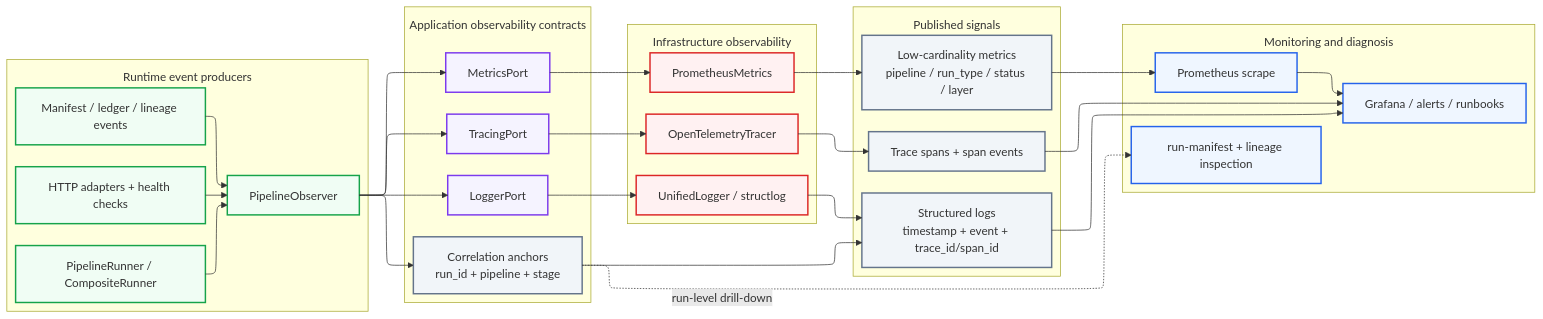
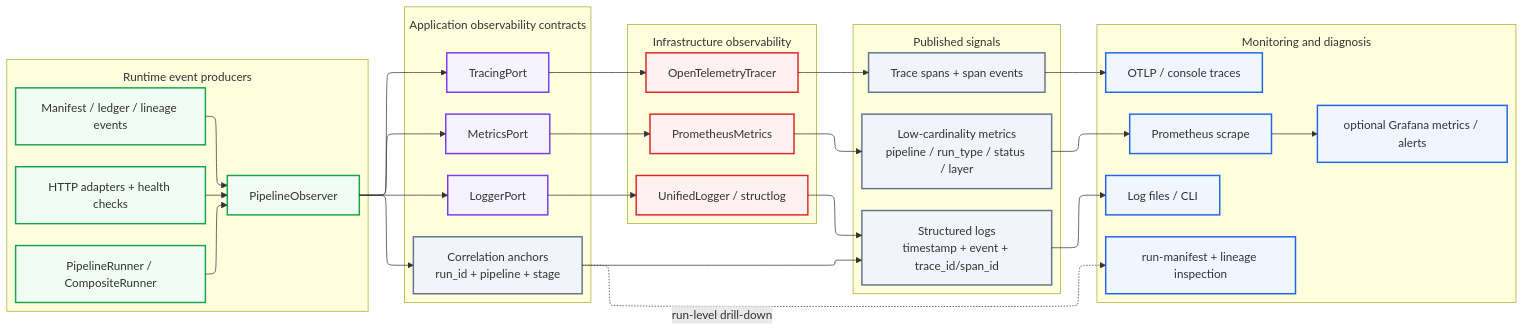
Before and after one commit to SatoryKono/BioactivityDataAcquisition: the diagram in docs/02-architecture/diagrams/architecture/22-data-operations-observability.mmd, drawn with Mermaid. The commit also changed 24 other files, not shown here.

```diff
--- a/docs/02-architecture/diagrams/architecture/22-data-operations-observability.mmd
+++ b/docs/02-architecture/diagrams/architecture/22-data-operations-observability.mmd
@@ -1,81 +1,83 @@
 %% BioETL — Data Operations Observability
 %% Shows how logs, metrics, tracing, and control-plane signals stay correlated without high-cardinality metric labels.
 
 %% @version 1.0.0
-%% @date    2026-03-28
+%% @date    2026-08-21
 %% @type    flowchart
 %% @level   System / Runtime
-%% @nodes   18
+%% @nodes   20
 %% @reference  Complements 09-observability-stack, 20-data-traceability-runtime, and observability.md
 
 %%{init: {
   'flowchart': {
     'subGraphTitleMargin': { 'top': 12, 'bottom': 12 }
   },
   'layout': 'elk',
   'elk': {
     'mergeEdges': true,
     'nodePlacementStrategy': 'BRANDES_KOEPF',
     'edgeRouting': 'ORTHOGONAL'
   }
 }}%%
 %% @uniform width=252 height=156 max_title_len=27 max_desc_lines=6
 flowchart LR
     subgraph Runtime["Runtime event producers"]
         OBS["PipelineObserver"]:::app
         RUN["PipelineRunner / CompositeRunner"]:::app
         HTTP["HTTP adapters + health checks"]:::app
         CTRL["Manifest / ledger / lineage events"]:::app
     end
 
     subgraph Contracts["Application observability contracts"]
         LOGP["LoggerPort"]:::port
         METP["MetricsPort"]:::port
         TRCP["TracingPort"]:::port
         CORR["Correlation anchors<br/>run_id + pipeline + stage"]:::artifact
     end
 
     subgraph Infra["Infrastructure observability"]
         ULOG["UnifiedLogger / structlog"]:::infra
         PMET["PrometheusMetrics"]:::infra
         OTR["OpenTelemetryTracer"]:::infra
     end
 
     subgraph Signals["Published signals"]
         LOGS["Structured logs<br/>timestamp + event + trace_id/span_id"]:::artifact
         METRICS["Low-cardinality metrics<br/>pipeline / run_type / status / layer"]:::artifact
         TRACES["Trace spans + span events"]:::artifact
     end
 
     subgraph Ops["Monitoring and diagnosis"]
         PROM["Prometheus scrape"]:::iface
-        GRAF["Grafana / alerts / runbooks"]:::iface
+        GRAF["optional Grafana metrics / alerts"]:::iface
+        FILES["Log files / CLI"]:::iface
+        OTLP["OTLP / console traces"]:::iface
         CLI["run-manifest + lineage inspection"]:::iface
     end
 
     RUN --> OBS
     HTTP --> OBS
     CTRL --> OBS
 
     OBS --> LOGP --> ULOG --> LOGS
     OBS --> METP --> PMET --> METRICS
     OBS --> TRCP --> OTR --> TRACES
     OBS --> CORR
     CORR --> LOGS
     CORR -.->|"run-level drill-down"| CLI
 
     METRICS --> PROM --> GRAF
-    LOGS --> GRAF
-    TRACES --> GRAF
+    LOGS --> FILES
+    TRACES --> OTLP
 
     classDef app fill:#f0fdf4,stroke:#16a34a,stroke-width:2px
     classDef port fill:#f5f3ff,stroke:#7c3aed,stroke-width:2px
     classDef infra fill:#fff1f2,stroke:#dc2626,stroke-width:2px
     classDef artifact fill:#f1f5f9,stroke:#64748b,stroke-width:2px
     classDef iface fill:#eff6ff,stroke:#2563eb,stroke-width:2px
 
     class OBS,RUN,HTTP,CTRL app
     class LOGP,METP,TRCP port
     class ULOG,PMET,OTR infra
     class CORR,LOGS,METRICS,TRACES artifact
-    class PROM,GRAF,CLI iface
+    class PROM,GRAF,FILES,OTLP,CLI iface
```
